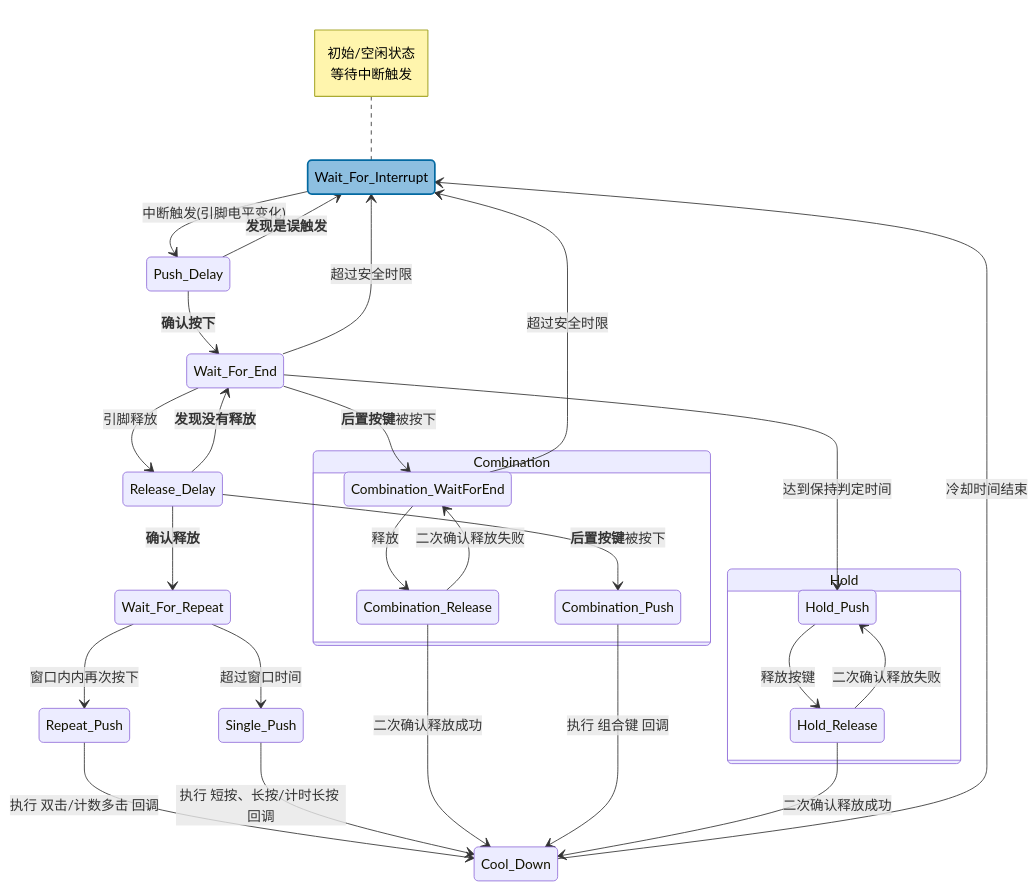
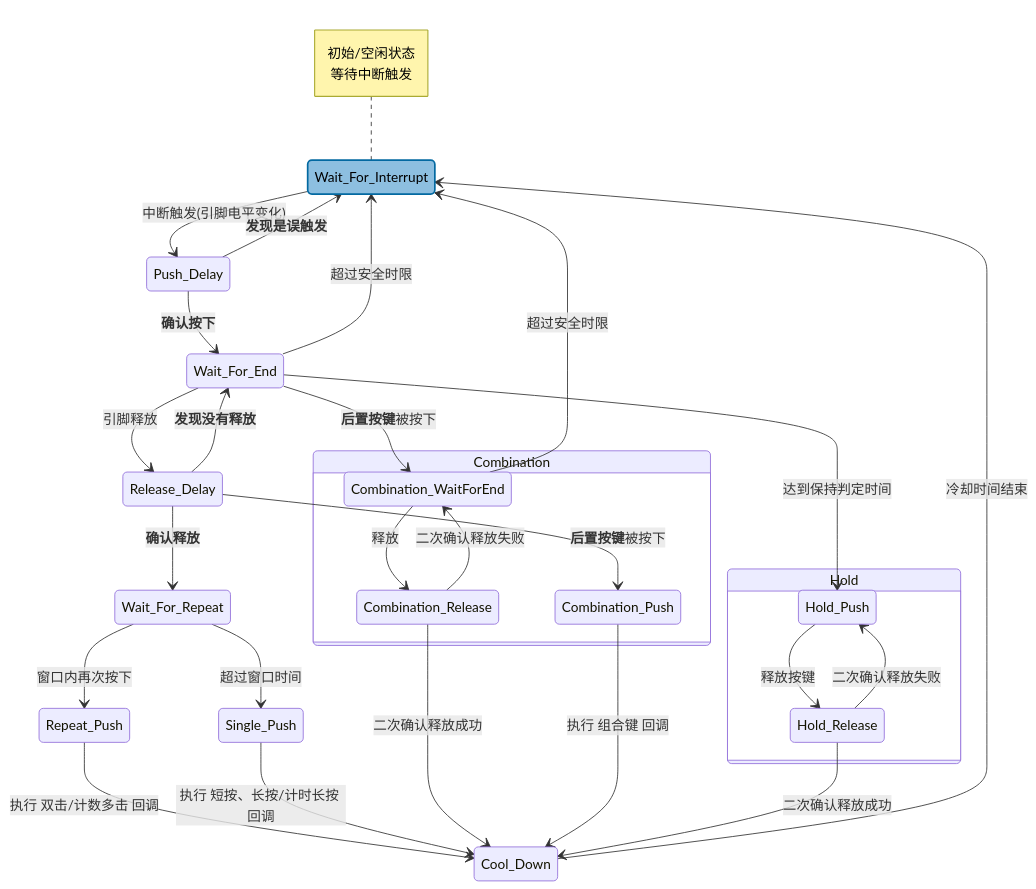
Before and after one commit to Kim-J-Smith/Simple-Button: the diagram in README_zh.md, drawn with Mermaid. The commit also changed other lines of this file and 3 other files, not shown here.

````diff
--- a/README_zh.md
+++ b/README_zh.md
@@ -663,58 +678,58 @@
 ```mermaid
 
 stateDiagram-v2
 
     classDef Begin_Point_State fill: #8dbfe0ff,stroke:#0369a1,stroke-width:2px,color:black
     class Wait_For_Interrupt Begin_Point_State
     
     %% 核心状态转换流程
     Wait_For_Interrupt --> Push_Delay: 中断触发(引脚电平变化)
     Push_Delay --> Wait_For_End: **确认按下**
     Push_Delay --> Wait_For_Interrupt: **发现是误触发**
     Wait_For_End --> Release_Delay: 引脚释放
     Release_Delay --> Wait_For_End: **发现没有释放**
     Release_Delay --> Wait_For_Repeat: **确认释放**
-    Wait_For_Repeat --> Repeat_Push: 窗口内内再次按下
+    Wait_For_Repeat --> Repeat_Push: 窗口内再次按下
     Wait_For_Repeat --> Single_Push: 超过窗口时间
     Repeat_Push --> Cool_Down: 执行 双击/计数多击 回调
     Single_Push --> Cool_Down: 执行 短按、长按/计时长按 回调
     Cool_Down --> Wait_For_Interrupt: 冷却时间结束
     
     %% 组合键状态转换（可选）
 
     Wait_For_End --> Combination_WaitForEnd: **后置按键**被按下
 
     state Combination {
         Combination_WaitForEnd
         Combination_Release
         Combination_Push
     }
 
     Combination_WaitForEnd --> Combination_Release: 释放
     Combination_Release --> Combination_WaitForEnd: 二次确认释放失败
     Combination_Release --> Cool_Down: 二次确认释放成功
 
     Release_Delay --> Combination_Push: **后置按键**被按下
     Combination_Push --> Cool_Down: 执行 组合键 回调
 
     state Hold {
         Hold_Push
         Hold_Release
     }
 
     Wait_For_End --> Hold_Push: 达到保持判定时间
     Hold_Push --> Hold_Release: 释放按键
     Hold_Release --> Hold_Push: 二次确认释放失败
     Hold_Release --> Cool_Down: 二次确认释放成功
 
     %% 错误处理/安全机制
     Wait_For_End --> Wait_For_Interrupt: 超过安全时限
     Combination_WaitForEnd --> Wait_For_Interrupt: 超过安全时限
     
     %% 状态说明
     note left of Wait_For_Interrupt
         初始/空闲状态
         等待中断触发
     end note
 
 ```
````
